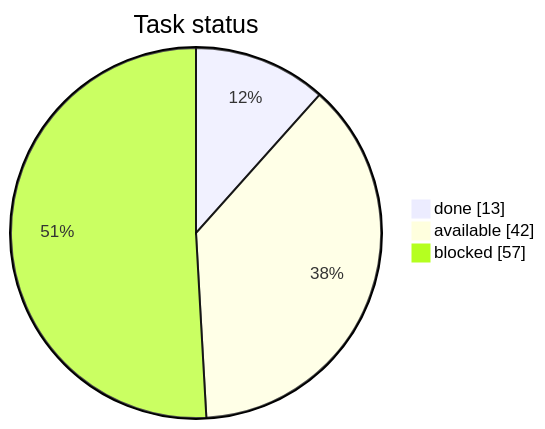
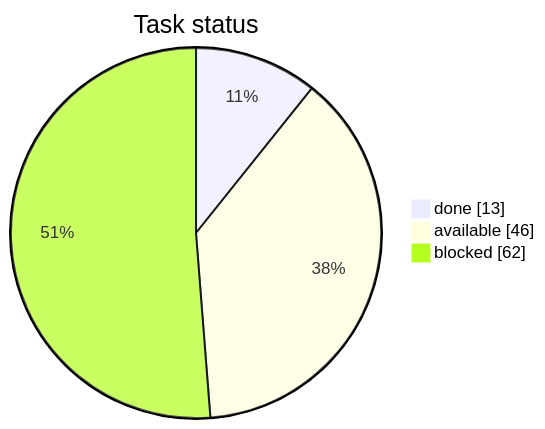
Before and after one commit to artemiiShabanov/RallyRivals: the first of 3 diagrams in STATUS.md, drawn with Mermaid. The commit also changed other lines of this file and 1 other file, not shown here.

````diff
--- a/STATUS.md
+++ b/STATUS.md
@@ -7,7 +7,7 @@
 ```mermaid
 pie showData
     title Task status
     "done" : 13
-    "available" : 42
-    "blocked" : 57
+    "available" : 46
+    "blocked" : 62
 ```
````
